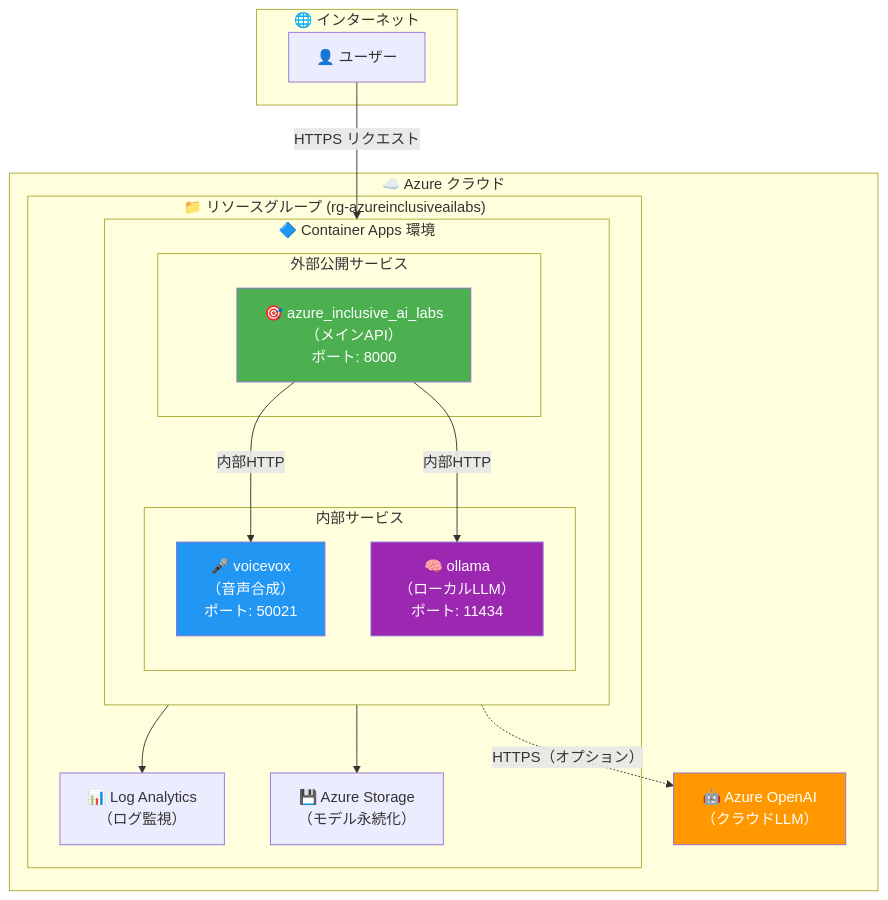
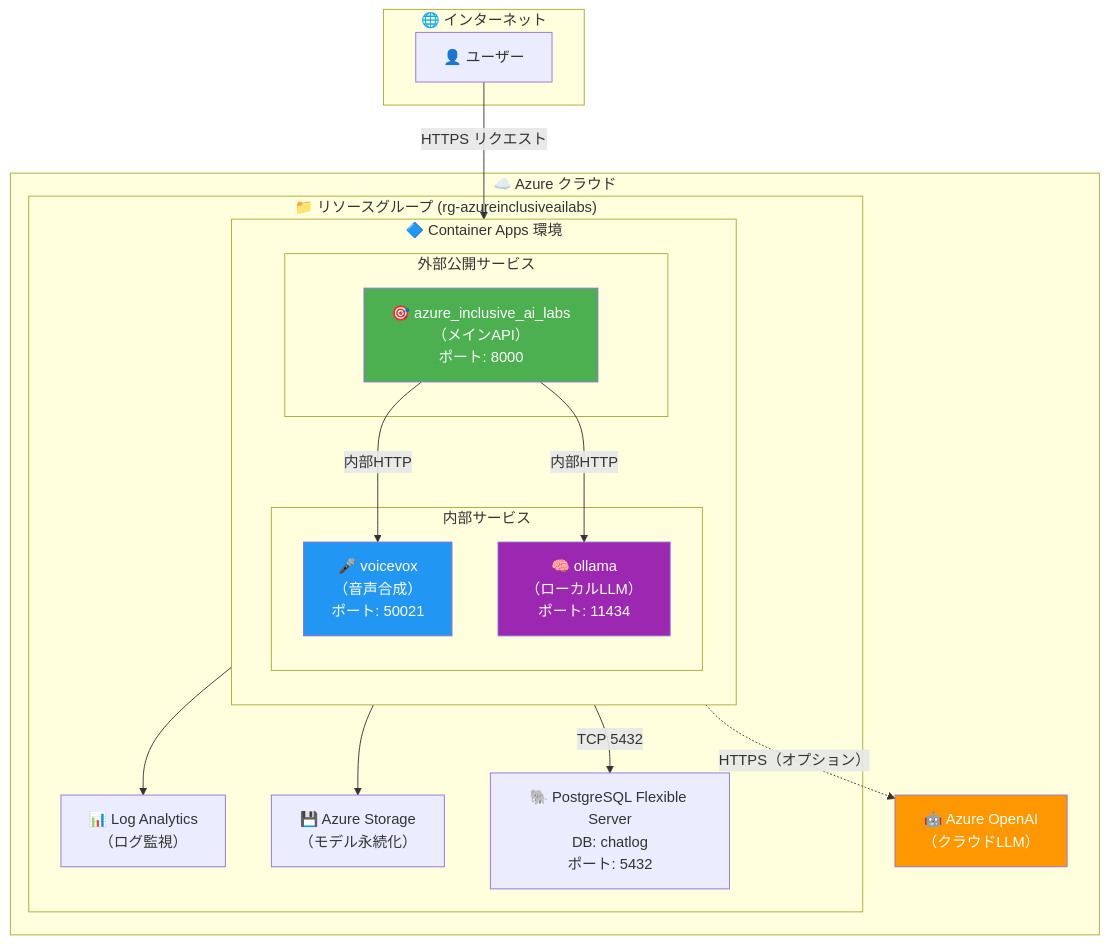
The first of 12 diagrams in infra/scenarios/azure_inclusive_ai_labs/README.md (ks6088ts/template-terraform), drawn with Mermaid before and after one commit. The commit also changed other lines of this file and 3 other files, not shown here.

Commit message:
Add PostgreSQL chatlog wiring to azure_inclusive_ai_labs

````diff
--- a/infra/scenarios/azure_inclusive_ai_labs/README.md
+++ b/infra/scenarios/azure_inclusive_ai_labs/README.md
@@ -25,40 +26,42 @@
 ```mermaid
 flowchart TB
     subgraph Internet["🌐 インターネット"]
         User["👤 ユーザー"]
     end
 
     subgraph Azure["☁️ Azure クラウド"]
         subgraph RG["📁 リソースグループ (rg-azureinclusiveailabs)"]
             subgraph CAE["🔷 Container Apps 環境"]
                 direction TB
 
                 subgraph External["外部公開サービス"]
                     IAL["🎯 azure_inclusive_ai_labs<br/>（メインAPI）<br/>ポート: 8000"]
                 end
 
                 subgraph Internal["内部サービス"]
                     VV["🎤 voicevox<br/>（音声合成）<br/>ポート: 50021"]
                     OL["🧠 ollama<br/>（ローカルLLM）<br/>ポート: 11434"]
                 end
             end
 
             LAW["📊 Log Analytics<br/>（ログ監視）"]
             Storage["💾 Azure Storage<br/>（モデル永続化）"]
+            PSQL["🐘 PostgreSQL Flexible Server<br/>DB: chatlog<br/>ポート: 5432"]
         end
 
         AOAI["🤖 Azure OpenAI<br/>（クラウドLLM）"]
     end
 
     User -->|"HTTPS リクエスト"| IAL
     IAL -->|"内部HTTP"| VV
     IAL -->|"内部HTTP"| OL
+    IAL -->|"TCP 5432"| PSQL
     IAL -.->|"HTTPS（オプション）"| AOAI
     CAE --> LAW
     OL --> Storage
 
     style IAL fill:#4CAF50,color:#fff
     style VV fill:#2196F3,color:#fff
     style OL fill:#9C27B0,color:#fff
     style AOAI fill:#FF9800,color:#fff
 ```
````
